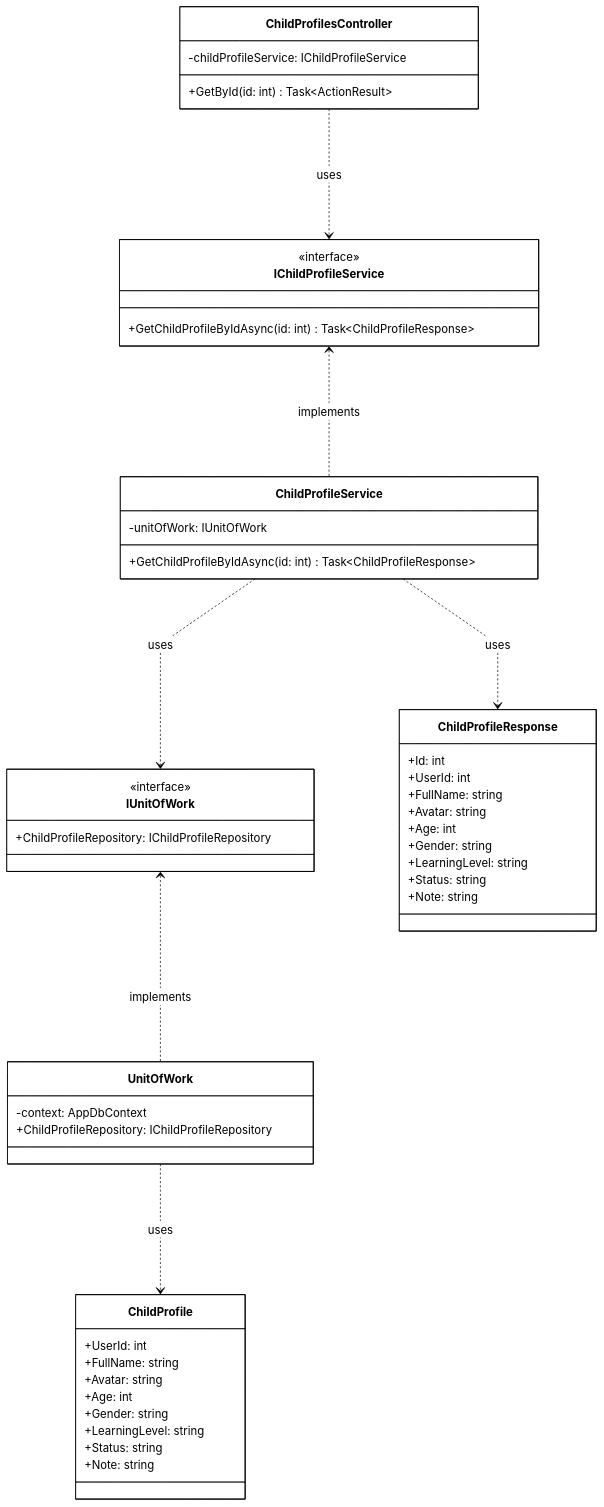
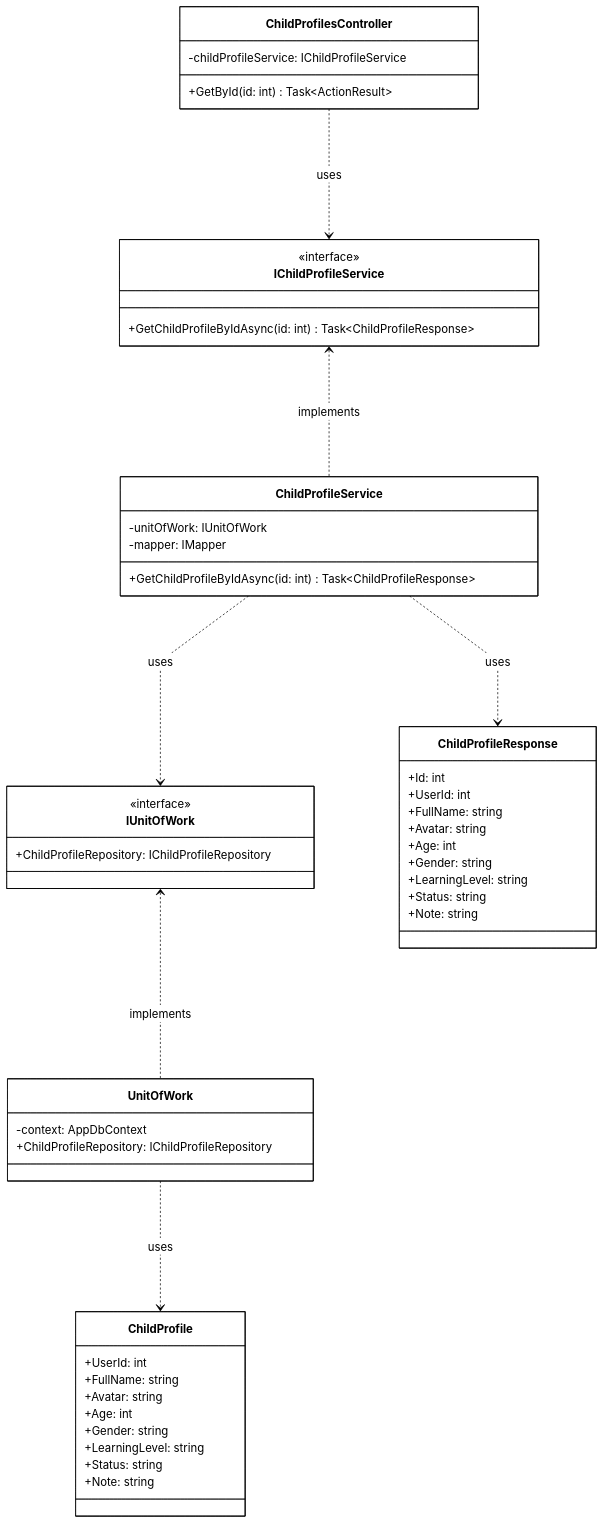
Before and after one commit to PhucAnDev/docx-diagram: the diagram in 06-child-profile-enrollment/sequence-diagram/classes/get-child-profile-by-id.class.mmd, drawn with Mermaid. The commit also changed 11 other files, not shown here.

Commit message:
fix: update Module 06 class diagrams with correct IMapper fields, controller method names, and activations

```diff
--- a/06-child-profile-enrollment/sequence-diagram/classes/get-child-profile-by-id.class.mmd
+++ b/06-child-profile-enrollment/sequence-diagram/classes/get-child-profile-by-id.class.mmd
@@ -1,58 +1,59 @@
 %%{init: {'theme':'base', 'flowchart':{'nodeSpacing':120,'rankSpacing':160,'curve':'linear'}, 'themeVariables': {'mainBkg':'#ffffff','nodeBorder':'#000000','clusterBkg':'#ffffff','clusterBorder':'#000000','titleColor':'#000000','edgeLabelBackground':'#ffffff','classText':'#000000','lineColor':'#000000','primaryColor':'#ffffff','primaryTextColor':'#000000','primaryBorderColor':'#000000'}}}%%
 classDiagram
     direction TB
 
     class ChildProfilesController {
         -childProfileService: IChildProfileService
         +GetById(id: int) Task~ActionResult~
     }
 
     class IChildProfileService {
         <<interface>>
         +GetChildProfileByIdAsync(id: int) Task~ChildProfileResponse~
     }
 
     class ChildProfileService {
         -unitOfWork: IUnitOfWork
+        -mapper: IMapper
         +GetChildProfileByIdAsync(id: int) Task~ChildProfileResponse~
     }
 
     class IUnitOfWork {
         <<interface>>
         +ChildProfileRepository: IChildProfileRepository
     }
 
     class UnitOfWork {
         -context: AppDbContext
         +ChildProfileRepository: IChildProfileRepository
     }
 
     class ChildProfileResponse {
         +Id: int
         +UserId: int
         +FullName: string
         +Avatar: string
         +Age: int
         +Gender: string
         +LearningLevel: string
         +Status: string
         +Note: string
     }
 
     class ChildProfile {
         +UserId: int
         +FullName: string
         +Avatar: string
         +Age: int
         +Gender: string
         +LearningLevel: string
         +Status: string
         +Note: string
     }
 
     ChildProfilesController ..> IChildProfileService : uses
     IChildProfileService <.. ChildProfileService : implements
     ChildProfileService ..> IUnitOfWork : uses
     ChildProfileService ..> ChildProfileResponse : uses
     IUnitOfWork <.. UnitOfWork : implements
     UnitOfWork ..> ChildProfile : uses
```
